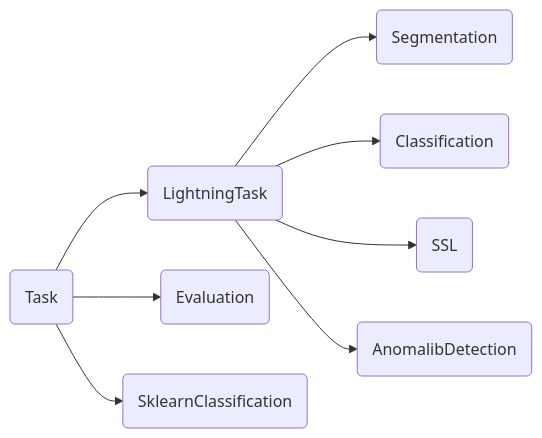
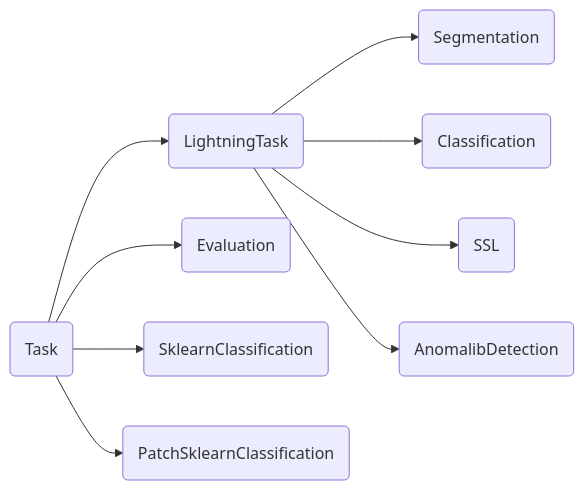
The second of 2 diagrams in docs/tutorials/tasks.md (orobix/quadra), drawn with Mermaid before and after one commit. The commit also changed other lines of this file, not shown here.

Commit message:
add: Add patch classification to tasks.md

````diff
--- a/docs/tutorials/tasks.md
+++ b/docs/tutorials/tasks.md
@@ -28,10 +28,11 @@
 ``` mermaid
 graph LR;
     T(Task)-->L(LightningTask);
     T-->E(Evaluation);
     L-->SG(Segmentation);
     L-->CL(Classification);
     T-->SCL(SklearnClassification);
+    T-->PSCL(PatchSklearnClassification);
     L-->SSL(SSL);
     L-->AD(AnomalibDetection)
 ```
````
